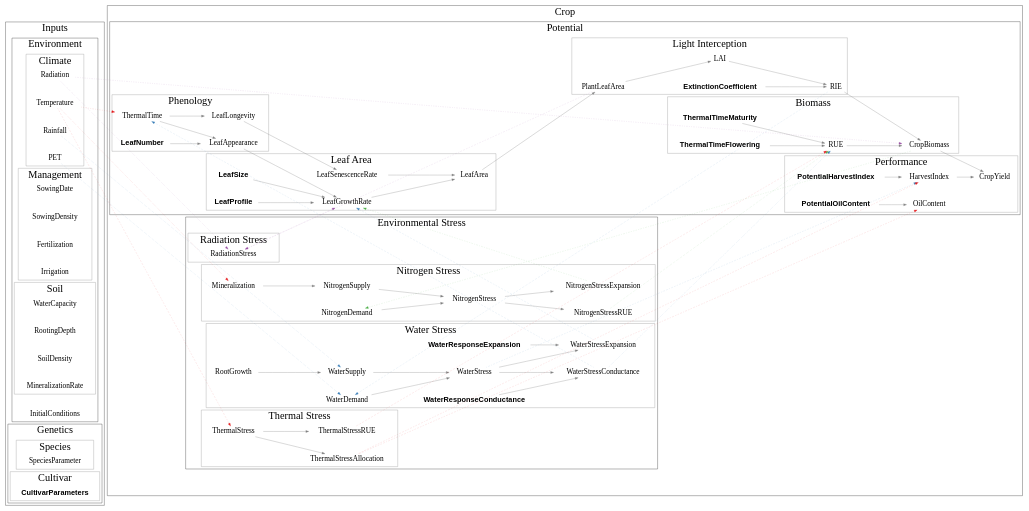
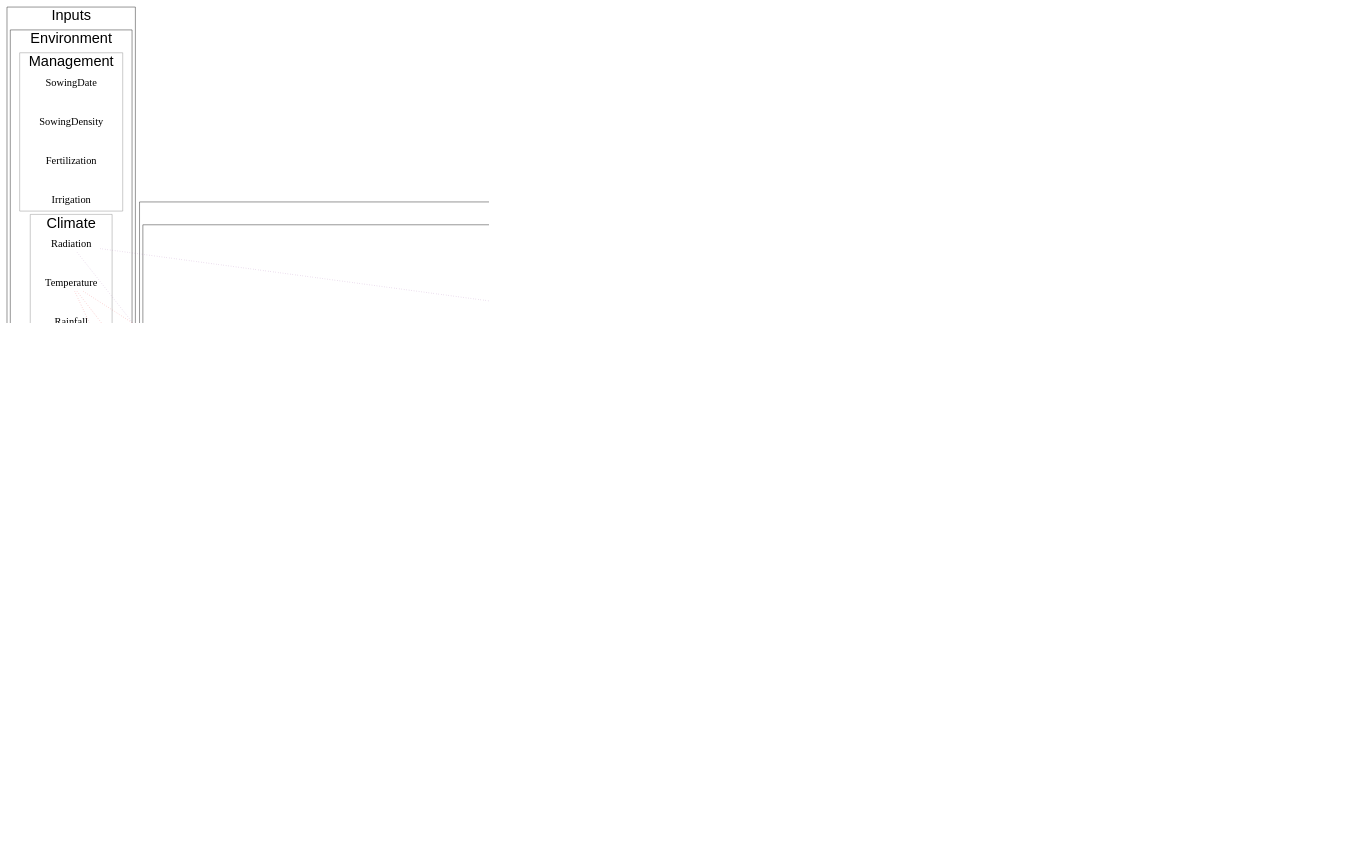
The diagram in inst/doc/files/structure.dot (picasa/rsunflo), drawn with Graphviz before and after one commit. The commit also changed 4 other files, not shown here.

```diff
--- a/inst/doc/files/structure.dot
+++ b/inst/doc/files/structure.dot
@@ -1,36 +1,39 @@
 /* Graphe de dépendance */
-/* dot -T pdf -o model.pdf model.dot  */
+/* dot -T pdf -o structure.pdf structure.dot  */
 
 digraph G {
-    compound = true
+  dpi=200
+  size = "8.3, 11.7"
+  fontname = Helvetica
+  fontnames = "ps"
+  compound = true
 	rankdir = LR
-    ranksep = "0.8"
+  ranksep = "0.8"
 	nodesep = "0.8"
-    //concentrate = true
-    splines = line
-    //splines = compound
+  //concentrate = true
+  splines = line
+  //splines = compound
 	ratio = "auto"
 	//colorscheme=set14 //  1=red, 2=blue, 3=green, 4=violet 
 
-
-	/* Nodes */
+  // # Nodes ----
 	node [shape=plaintext, fontsize=25]
 	bgcolor=white
 	edge [arrowsize=1, color=gray]
 	
-	/* Genotypic Parameters */
-	CultivarParameters -> ThermalTime [style=invis] // Vertical alignment
-	CultivarParameters [fontname="Helvetica-Bold"]
-	ThermalTimeFlowering [fontname="Helvetica-Bold"]
-	ThermalTimeMaturity [fontname="Helvetica-Bold"]
-	LeafNumber [fontname="Helvetica-Bold"]
-	LeafSize [fontname="Helvetica-Bold"]
-	LeafProfile [fontname="Helvetica-Bold"]
-	ExtinctionCoefficient [fontname="Helvetica-Bold"]
-	PotentialHarvestIndex [fontname="Helvetica-Bold"]
-	PotentialOilContent [fontname="Helvetica-Bold"]
-	WaterResponseExpansion [fontname="Helvetica-Bold"]
-	WaterResponseConductance [fontname="Helvetica-Bold"]
+	// # Genotypic Parameters ----
+  CultivarParameters -> ThermalTime [style=invis] // Vertical alignment
+	CultivarParameters [fontname="Helvetica Bold"]
+	ThermalTimeFlowering [fontname="Helvetica Bold"]
+	ThermalTimeMaturity [fontname="Helvetica Bold"]
+	LeafNumber [fontname="Helvetica Bold"]
+	LeafSize [fontname="Helvetica Bold"]
+	LeafProfile [fontname="Helvetica Bold"]
+	ExtinctionCoefficient [fontname="Helvetica Bold"]
+	PotentialHarvestIndex [fontname="Helvetica Bold"]
+	PotentialOilContent [fontname="Helvetica Bold"]
+	WaterResponseExpansion [fontname="Helvetica Bold"]
+	WaterResponseConductance [fontname="Helvetica Bold"]
 	
 	
 	subgraph clusterInputs {
@@ -43,7 +46,8 @@
 			
 			InitialConditions
 			
-		    subgraph clusterInputEnvironmentClimate {
+			// # EnvironmentClimate ----  
+      subgraph clusterInputEnvironmentClimate {
 				label="Climate"
 				fontsize=35
 				pencolor=gray
@@ -54,7 +58,8 @@
 				Rainfall
 			}
 			
-		    subgraph clusterInputEnvironmentManagement {
+			// # EnvironmentManagement ----  
+      subgraph clusterInputEnvironmentManagement {
 				label="Management"
 				fontsize=35
 				pencolor=gray
@@ -65,7 +70,8 @@
 				Irrigation
 			}
 			
-		    subgraph clusterInputEnvironmentSoil {
+      // # EnvironmentSoil ----
+		  subgraph clusterInputEnvironmentSoil {
 				label="Soil"
 				fontsize=35
 				pencolor=gray
@@ -109,6 +115,7 @@
 			label="Potential"
 			fontsize=35
 			
+      // # CropPhenology ----
 			subgraph clusterCropPhenology {
 				label="Phenology"
 				fontsize=35
@@ -125,7 +132,8 @@
 				
 			}
 			
-		    subgraph clusterCropLeafArea {
+			// # CropLeafArea ----
+		  subgraph clusterCropLeafArea {
 				label="Leaf Area"
 				fontsize=35
 				pencolor=gray
@@ -140,7 +148,8 @@
 				LeafSenescenceRate -> LeafArea
 			}
 	
-		    subgraph clusterCropInterception {
+			// # CropInterception ----
+      subgraph clusterCropInterception {
 				label="Light Interception"
 				fontsize=35
 				pencolor=gray
@@ -153,8 +162,9 @@
 				PlantLeafArea -> LAI
 				LAI -> RIE
 		    }
-		    
-		    subgraph clusterCropBiomass {
+		  
+			// # CropBiomass ----
+		  subgraph clusterCropBiomass {
 				label="Biomass"
 				fontsize=35
 				pencolor=gray
@@ -168,8 +178,9 @@
 				RUE -> CropBiomass
 				CropBiomass
 		    }
-		    
-		    subgraph clusterCropPerformance {
+		  
+			// # CropPerformance ----
+		  subgraph clusterCropPerformance {
 				label="Performance"
 				fontsize=35
 				pencolor=gray
@@ -192,7 +203,8 @@
 			label="Environmental Stress"
 			fontsize=35
 			
-		    subgraph clusterCropStressWater {
+			// # CropStressWater ----
+      subgraph clusterCropStressWater {
 				label="Water Stress"
 				fontsize=35
 				pencolor=gray
@@ -214,7 +226,8 @@
 				WaterStress -> HarvestIndex [style=dotted, colorscheme=set14, color=2]
 		    }
 		    
-		    subgraph clusterCropStressNitrogen {
+			// # CropStressNitrogen ----  
+      subgraph clusterCropStressNitrogen {
 				label="Nitrogen Stress"
 				fontsize=35
 				pencolor=gray
@@ -236,8 +249,9 @@
 				NitrogenStressRUE -> RUE [style=dotted, colorscheme=set14, color=3]
 				
 		    }
-		    
-		    subgraph clusterCropStressTemperature {
+		  
+			// # CropStressTemperature ----
+		  subgraph clusterCropStressTemperature {
 				label="Thermal Stress"
 				fontsize=35
 				pencolor=gray
@@ -253,7 +267,8 @@
 				ThermalStressAllocation -> {HarvestIndex OilContent} [style=dotted, colorscheme=set14, color=1]
 			}
 			
-		    subgraph clusterCropStressRadiation {
+			// # CropStressRadiation ----
+		  subgraph clusterCropStressRadiation {
 				label="Radiation Stress"
 				fontsize=35
 				pencolor=gray
```
